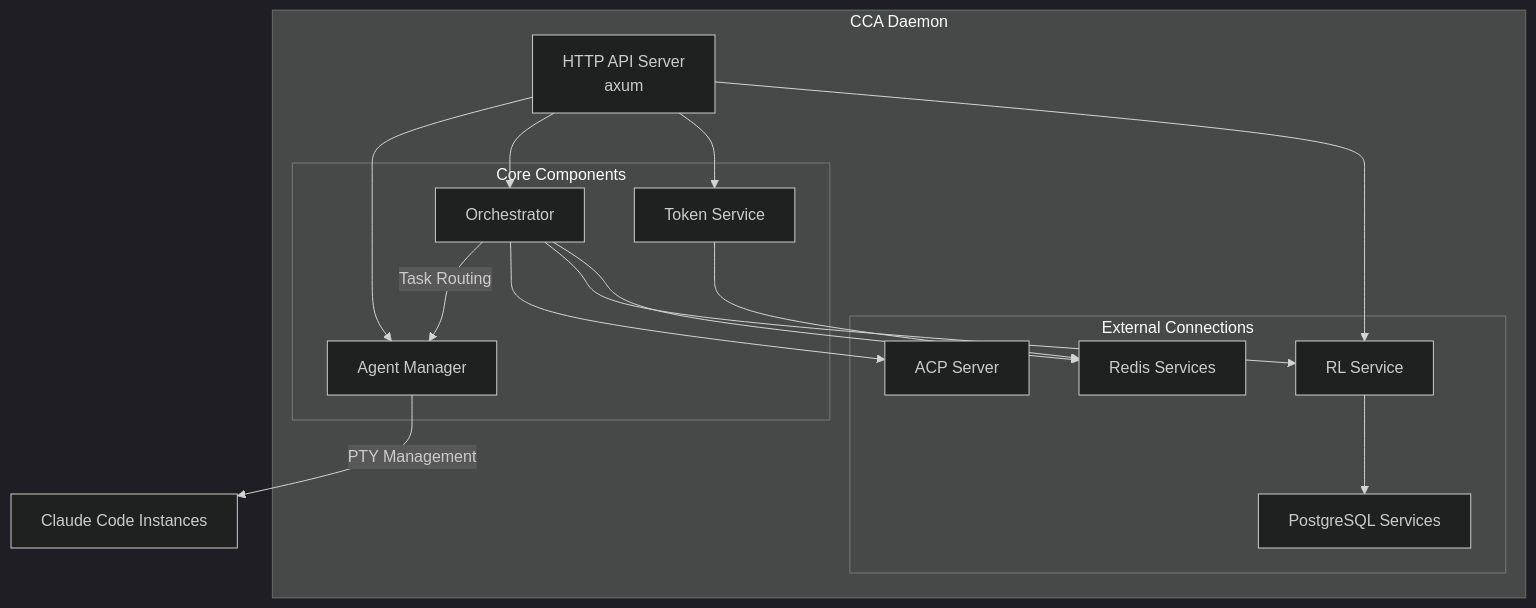
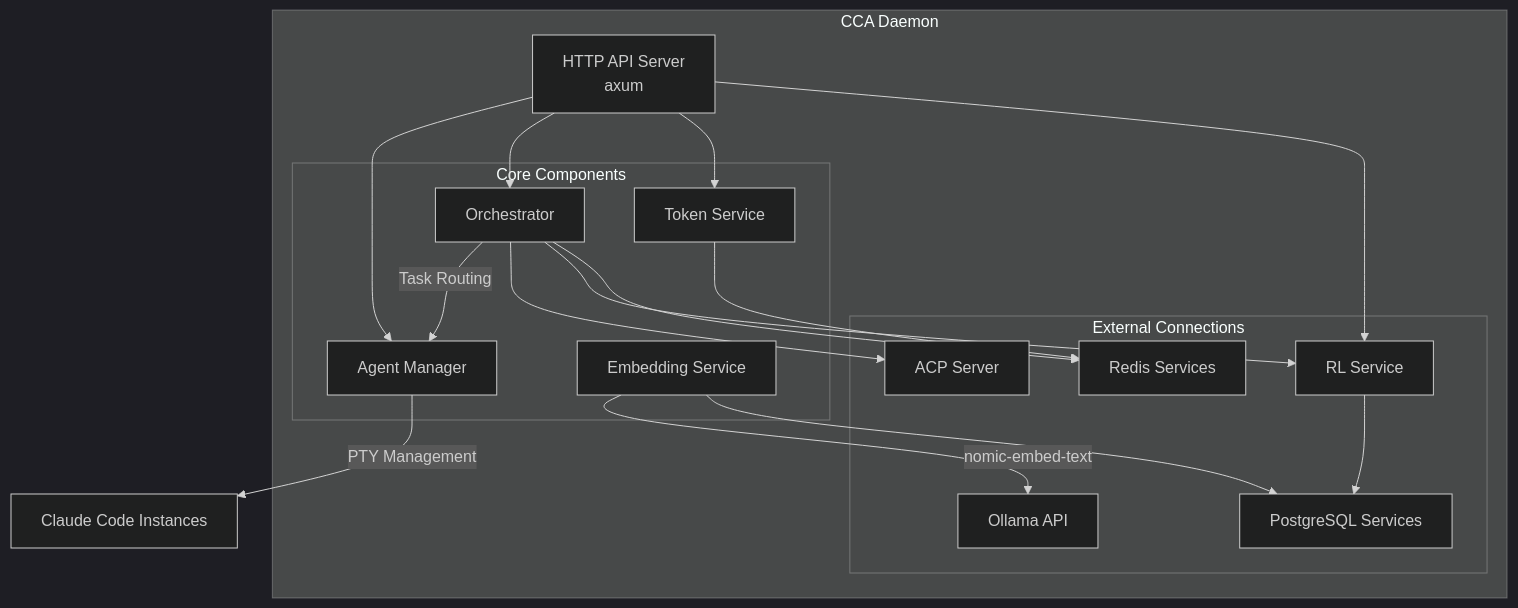
One commit to mjhcompany/cca changed the second of 18 diagrams in docs/architecture.md. Above: the diagram before and after it, drawn with Mermaid (dark theme). The commit also changed other lines of this file and 21 other files, not shown here.

````diff
--- a/docs/architecture.md
+++ b/docs/architecture.md
@@ -58,33 +67,37 @@
 ```mermaid
 graph TB
     subgraph "CCA Daemon"
         HTTP[HTTP API Server<br/>axum]
 
         subgraph "Core Components"
             AM[Agent Manager]
             Orch[Orchestrator]
             TS[Token Service]
+            ES[Embedding Service]
         end
 
         subgraph "External Connections"
             ACP[ACP Server]
             RLS[RL Service]
             REDIS[Redis Services]
             PGS[PostgreSQL Services]
+            OLL[Ollama API]
         end
     end
 
     HTTP --> AM
     HTTP --> Orch
     HTTP --> TS
     HTTP --> RLS
 
     AM -->|PTY Management| Agents[Claude Code Instances]
     Orch -->|Task Routing| AM
     Orch --> ACP
     Orch --> RLS
     Orch --> REDIS
 
     TS --> REDIS
     RLS --> PGS
+    ES -->|nomic-embed-text| OLL
+    ES --> PGS
 ```
````
